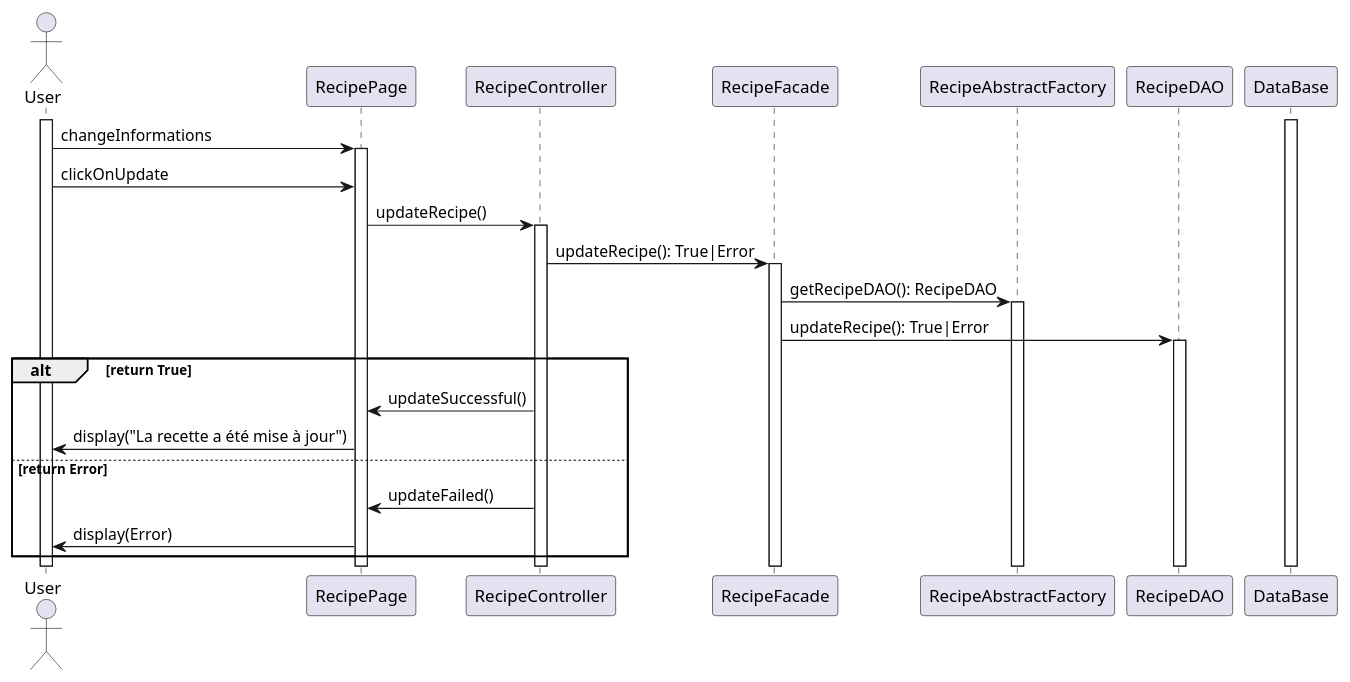
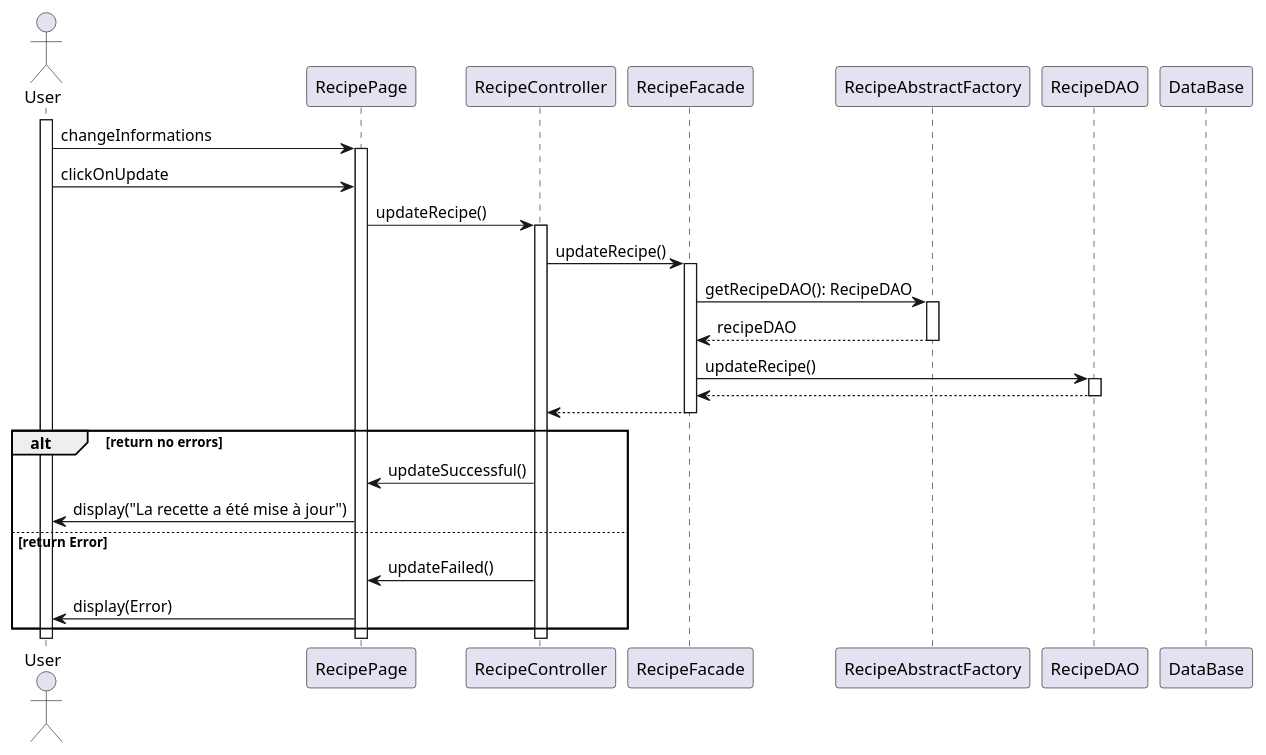
One commit to iusildra/WineCellar changed the diagram in doc/reports/prototype/plantuml/RecipeManagement/updateRecipeSequence.plantuml. Above: the diagram before and after it, drawn with PlantUML. The commit also changed 6 other files, not shown here.

First line of the commit message:
Recipe & ingredient diagrams (#11)

```diff
--- a/doc/reports/prototype/plantuml/RecipeManagement/updateRecipeSequence.plantuml
+++ b/doc/reports/prototype/plantuml/RecipeManagement/updateRecipeSequence.plantuml
@@ -1,36 +1,38 @@
 @startuml UpdateRecipe
 skinparam responseMessageBelowArrow true
 
 actor User
 participant RecipePage
 participant RecipeController
 participant RecipeFacade
 participant RecipeAbstractFactory
 participant RecipeDAO
 participant DataBase
 
 activate User
-activate DataBase
 
 User -> RecipePage++ : changeInformations
 User -> RecipePage : clickOnUpdate
 
 RecipePage -> RecipeController++ : updateRecipe()
 
-RecipeController -> RecipeFacade++ : updateRecipe(): True|Error
+RecipeController -> RecipeFacade++ : updateRecipe()
 
 RecipeFacade -> RecipeAbstractFactory++ : getRecipeDAO(): RecipeDAO
-RecipeFacade -> RecipeDAO++ : updateRecipe(): True|Error
+return recipeDAO
+RecipeFacade -> RecipeDAO++ : updateRecipe()
+return
+return
 
-alt return True
+alt return no errors
   RecipeController -> RecipePage : updateSuccessful()
 
   RecipePage -> User : display("La recette a été mise à jour")
 
 else return Error
   RecipeController -> RecipePage : updateFailed()
 
   RecipePage -> User : display(Error)
 end
 
 @enduml
```
